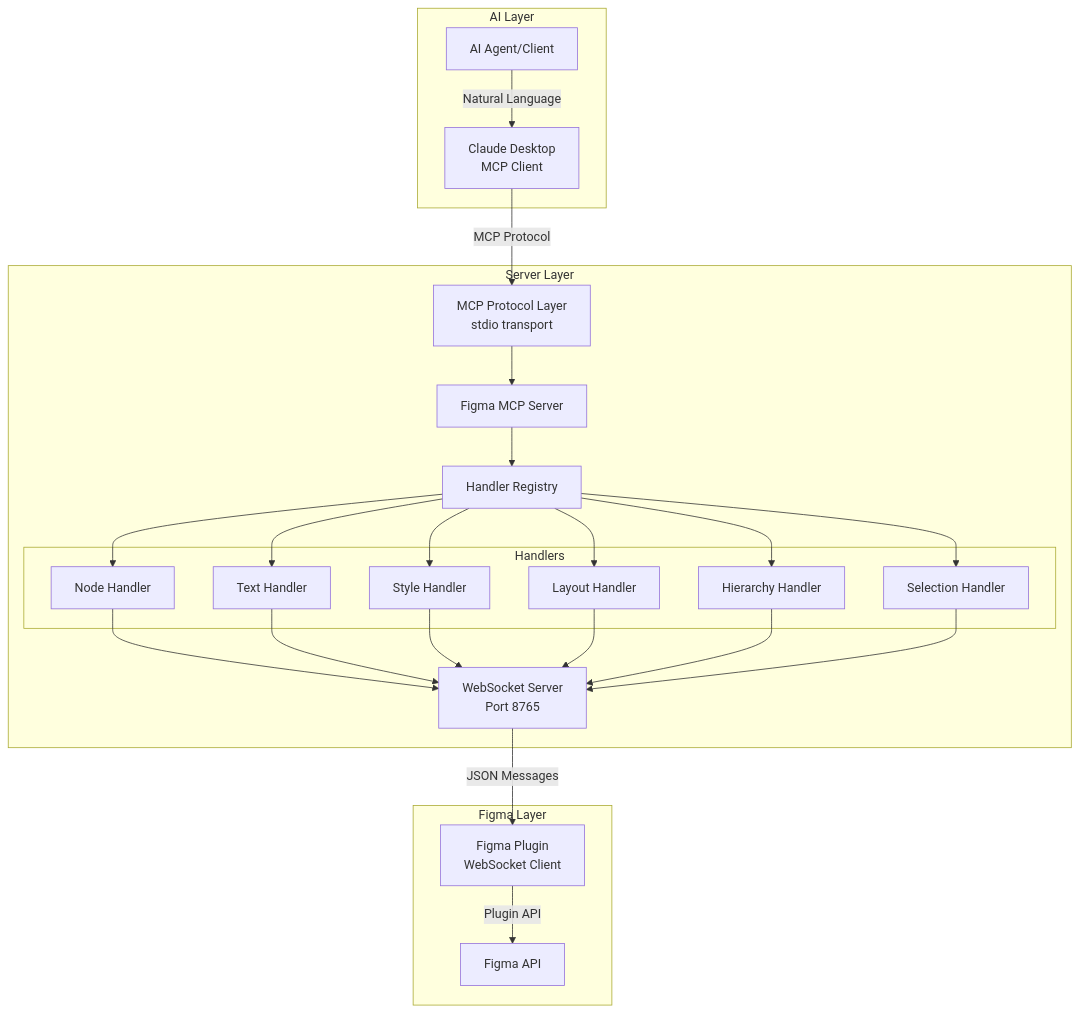
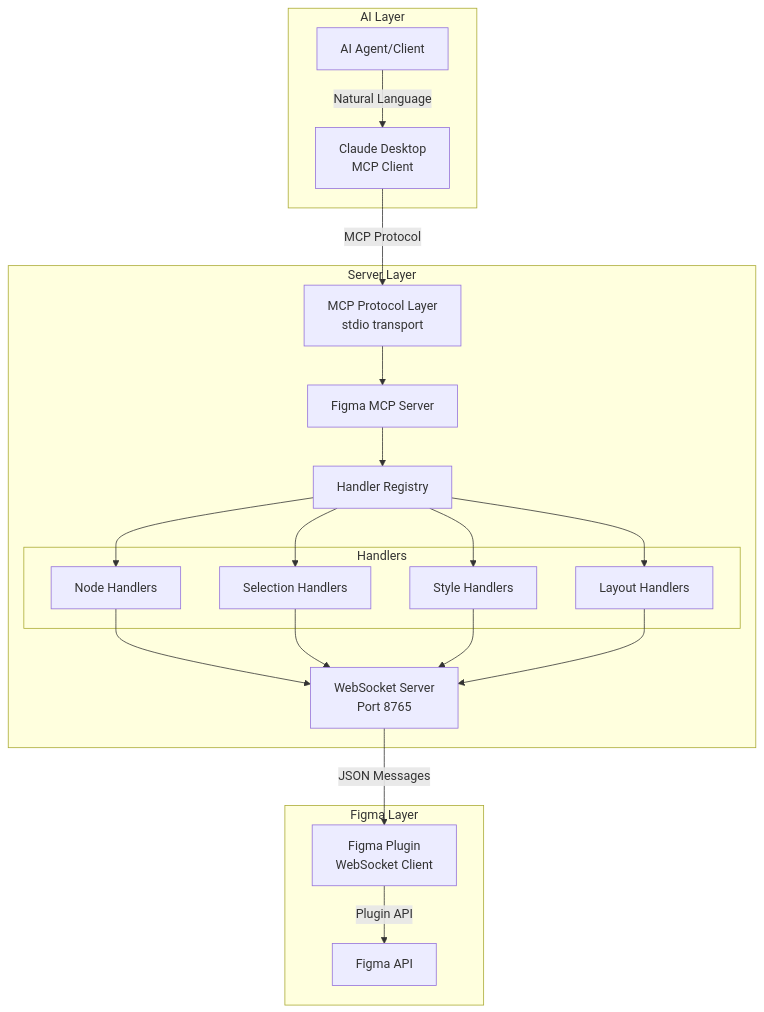
One commit to oO/figma-mcp-write-server changed the first of 2 diagrams in DEVELOPMENT.md. Above: the diagram before and after it, drawn with Mermaid. The commit also changed other lines of this file and 15 other files, not shown here.

````diff
--- a/DEVELOPMENT.md
+++ b/DEVELOPMENT.md
@@ -7,49 +155,43 @@
 ```mermaid
 graph TB
     subgraph "AI Layer"
         AI[AI Agent/Client]
         MCP_CLIENT[Claude Desktop<br/>MCP Client]
     end
-    
+
     subgraph "Server Layer"
         MCP_SERVER[Figma MCP Server]
         MCP_PROTOCOL[MCP Protocol Layer<br/>stdio transport]
         WS_SERVER[WebSocket Server<br/>Port 8765]
         REGISTRY[Handler Registry]
-        
+
         subgraph "Handlers"
-            NODE_H[Node Handler]
-            TEXT_H[Text Handler] 
-            STYLE_H[Style Handler]
-            LAYOUT_H[Layout Handler]
-            HIERARCHY_H[Hierarchy Handler]
-            SELECTION_H[Selection Handler]
+            NODE_H[Node Handlers]
+            SELECTION_H[Selection Handlers]
+            STYLE_H[Style Handlers]
+            LAYOUT_H[Layout Handlers]
         end
     end
-    
+
     subgraph "Figma Layer"
         PLUGIN[Figma Plugin<br/>WebSocket Client]
         FIGMA_API[Figma API]
     end
-    
+
     AI -->|Natural Language| MCP_CLIENT
     MCP_CLIENT -->|MCP Protocol| MCP_PROTOCOL
     MCP_PROTOCOL --> MCP_SERVER
     MCP_SERVER --> REGISTRY
     REGISTRY --> NODE_H
-    REGISTRY --> TEXT_H
+    REGISTRY --> SELECTION_H
     REGISTRY --> STYLE_H
     REGISTRY --> LAYOUT_H
-    REGISTRY --> HIERARCHY_H
-    REGISTRY --> SELECTION_H
-    
+
     NODE_H --> WS_SERVER
-    TEXT_H --> WS_SERVER
+    SELECTION_H --> WS_SERVER
     STYLE_H --> WS_SERVER
     LAYOUT_H --> WS_SERVER
-    HIERARCHY_H --> WS_SERVER
-    SELECTION_H --> WS_SERVER
-    
+
     WS_SERVER -->|JSON Messages| PLUGIN
     PLUGIN -->|Plugin API| FIGMA_API
 ```
````
